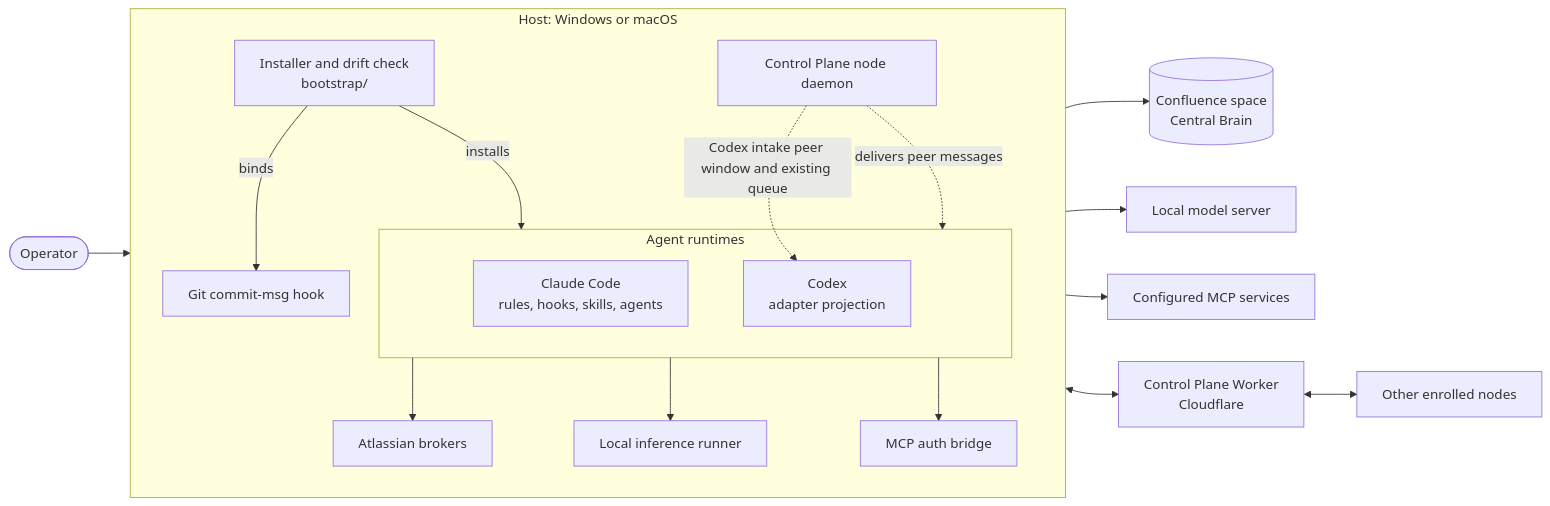
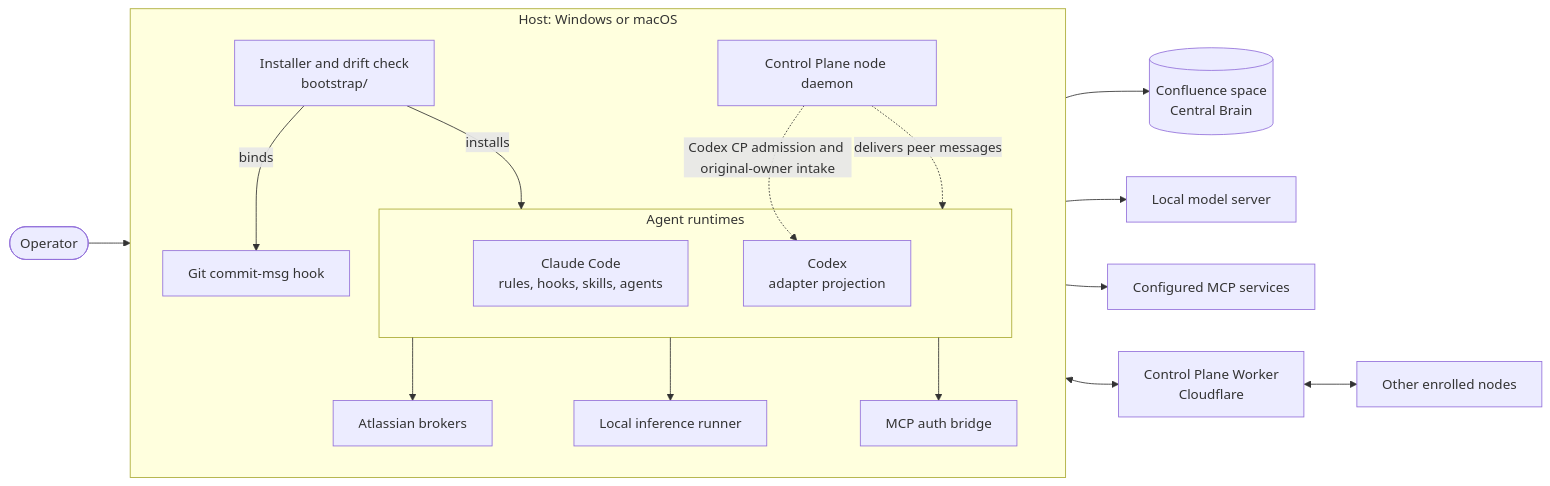
One commit to cfaysal/kherep changed the diagram in README.md. Above: the diagram before and after it, drawn with Mermaid. The commit also changed other lines of this file and 22 other files, not shown here.

````diff
--- a/README.md
+++ b/README.md
@@ -45,34 +45,34 @@
 ```mermaid
 flowchart LR
   operator([Operator])
 
   subgraph host["Host: Windows or macOS"]
     direction TB
     bootstrap["Installer and drift check<br/>bootstrap/"]
     subgraph runtimes["Agent runtimes"]
       claude["Claude Code<br/>rules, hooks, skills, agents"]
       codex["Codex<br/>adapter projection"]
     end
     githook["Git commit-msg hook"]
     brokers["Atlassian brokers"]
     runner["Local inference runner"]
     bridge["MCP auth bridge"]
     nodeDaemon["Control Plane node daemon"]
   end
 
   confluence[("Confluence space<br/>Central Brain")]
   model["Local model server"]
   mcp["Configured MCP services"]
   worker["Control Plane Worker<br/>Cloudflare"]
   peers["Other enrolled nodes"]
 
   operator --> runtimes
   bootstrap -->|installs| runtimes
   bootstrap -->|binds| githook
   runtimes --> brokers --> confluence
   runtimes --> runner --> model
   runtimes --> bridge --> mcp
   nodeDaemon <--> worker <--> peers
   nodeDaemon -.->|delivers peer messages| runtimes
-  nodeDaemon -.->|Codex intake peer window and existing queue| codex
+  nodeDaemon -.->|Codex CP admission and original-owner intake| codex
 ```
````
